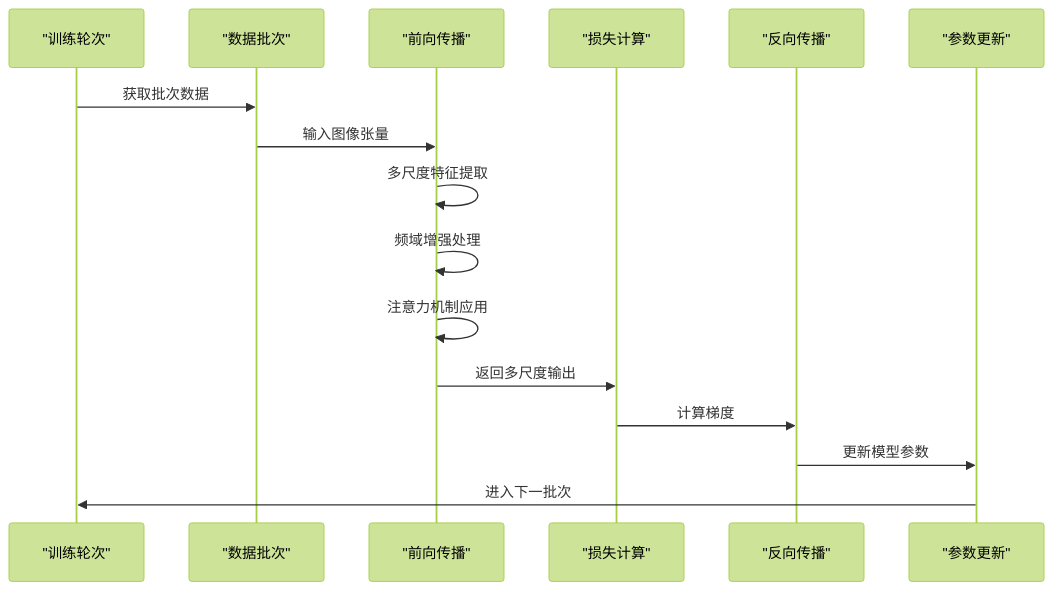
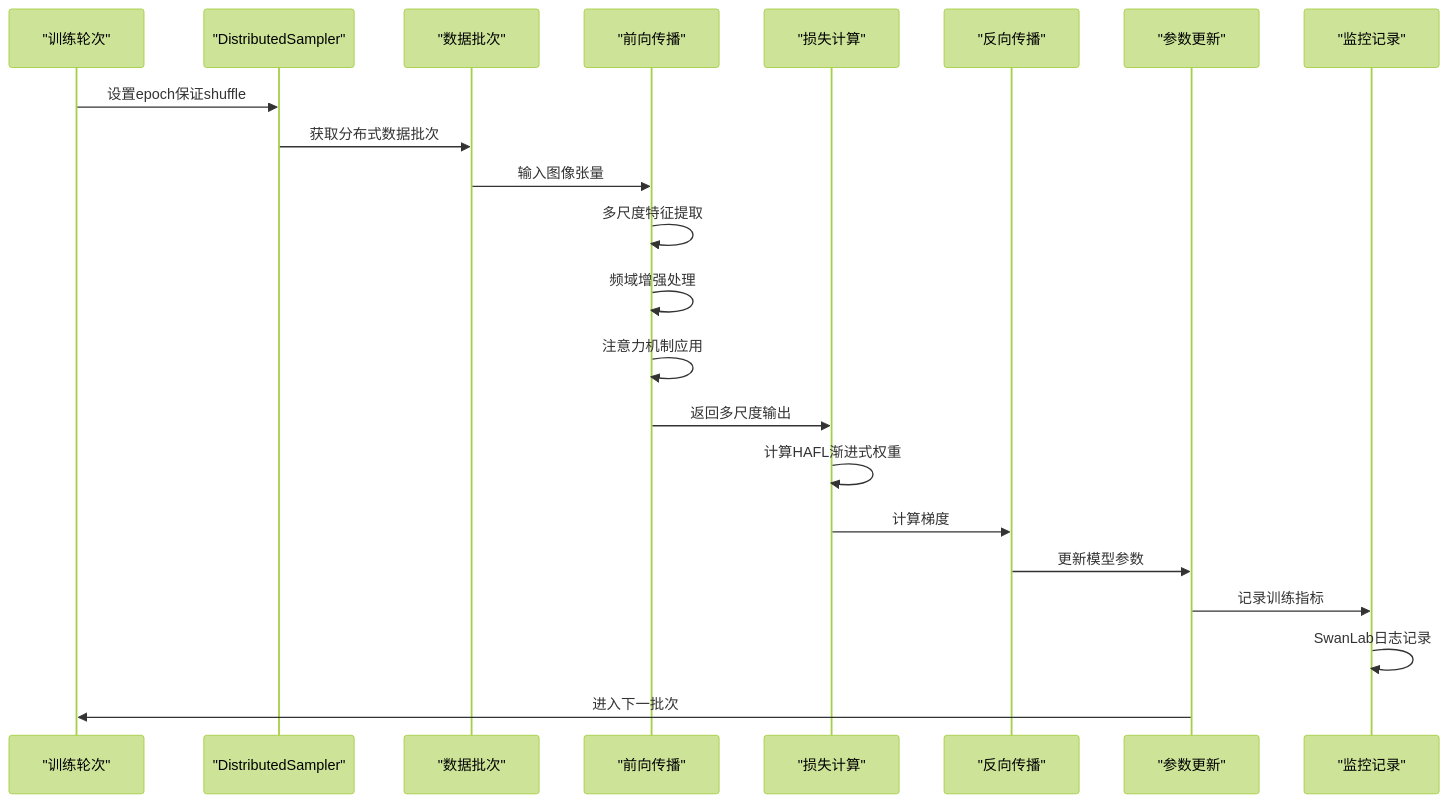
One commit to MSan333/NeRD-Rain-main changed the fourth of 5 diagrams in .qoder/repowiki/zh/content/训练框架/训练脚本详解.md. Above: the diagram before and after it, drawn with Mermaid (forest theme). The commit also changed other lines of this file and 26 other files, not shown here.

First line of the commit message:
docs: 添加答辩用架构图（8张HTML/SVG模块图）

````diff
--- a/.qoder/repowiki/zh/content/训练框架/训练脚本详解.md
+++ b/.qoder/repowiki/zh/content/训练框架/训练脚本详解.md
@@ -269,18 +371,24 @@
 ```mermaid
 sequenceDiagram
 participant Epoch as "训练轮次"
+participant Sampler as "DistributedSampler"
 participant Batch as "数据批次"
 participant Forward as "前向传播"
 participant Loss as "损失计算"
 participant Backward as "反向传播"
 participant Update as "参数更新"
-Epoch->>Batch : 获取批次数据
+participant Monitor as "监控记录"
+Epoch->>Sampler : 设置epoch保证shuffle
+Sampler->>Batch : 获取分布式数据批次
 Batch->>Forward : 输入图像张量
 Forward->>Forward : 多尺度特征提取
 Forward->>Forward : 频域增强处理
 Forward->>Forward : 注意力机制应用
 Forward->>Loss : 返回多尺度输出
+Loss->>Loss : 计算HAFL渐进式权重
 Loss->>Backward : 计算梯度
 Backward->>Update : 更新模型参数
+Update->>Monitor : 记录训练指标
+Monitor->>Monitor : SwanLab日志记录
 Update->>Epoch : 进入下一批次
 ```
````
